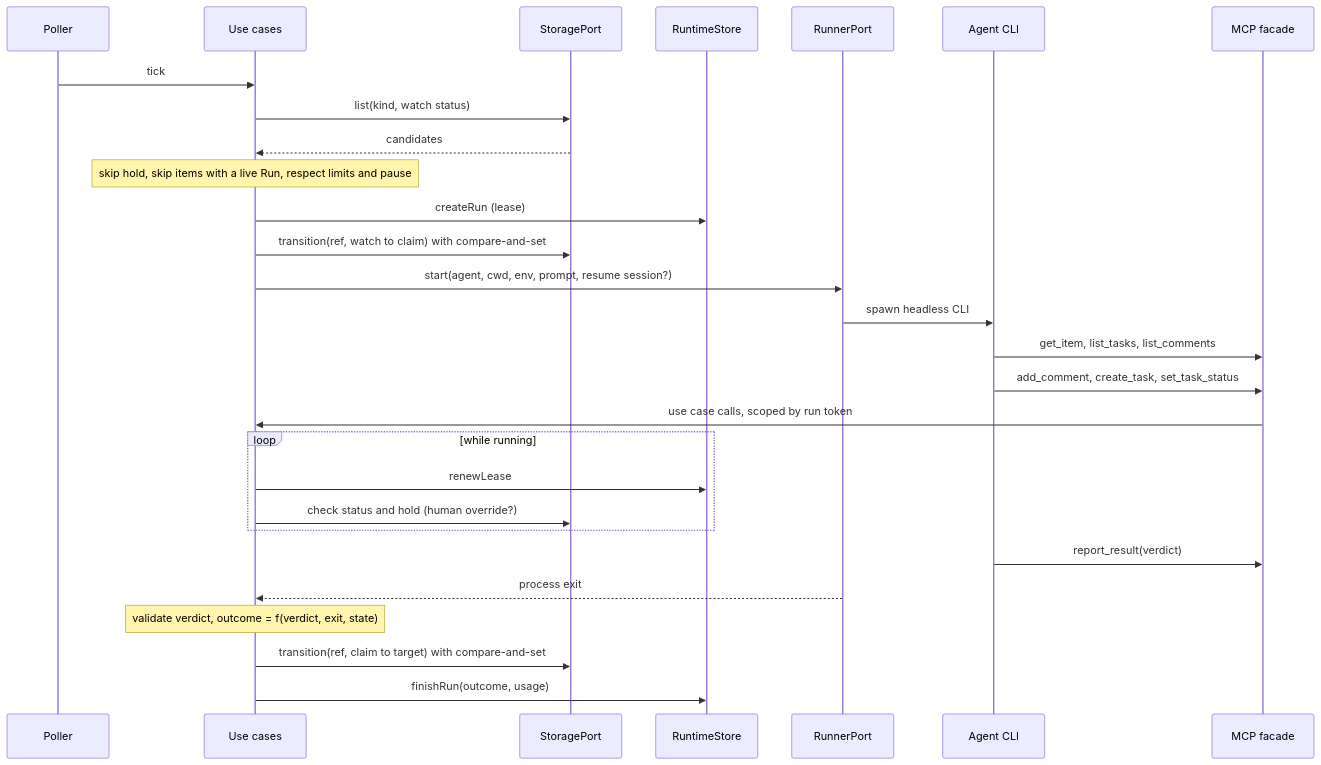
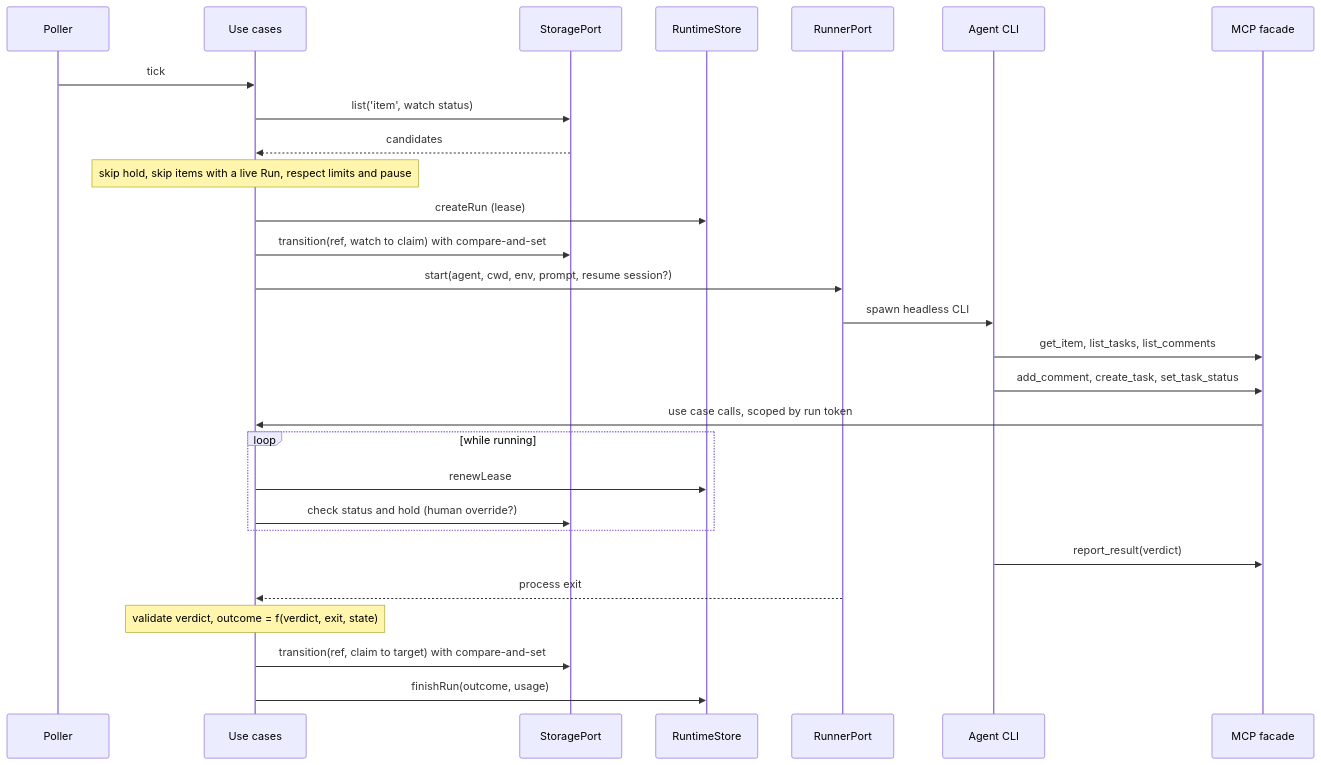
The second of 3 diagrams in docs/architecture.md (bingeli1379/tasuki), drawn with Mermaid before and after one commit. The commit also changed other lines of this file and 13 other files, not shown here.

````diff
--- a/docs/architecture.md
+++ b/docs/architecture.md
@@ -106,31 +111,31 @@
 ```mermaid
 sequenceDiagram
     participant P as Poller
     participant U as Use cases
     participant S as StoragePort
     participant R as RuntimeStore
     participant X as RunnerPort
     participant A as Agent CLI
     participant M as MCP facade
 
     P->>U: tick
-    U->>S: list(kind, watch status)
+    U->>S: list('item', watch status)
     S-->>U: candidates
     Note over U: skip hold, skip items with a live Run, respect limits and pause
     U->>R: createRun (lease)
     U->>S: transition(ref, watch to claim) with compare-and-set
     U->>X: start(agent, cwd, env, prompt, resume session?)
     X->>A: spawn headless CLI
     A->>M: get_item, list_tasks, list_comments
     A->>M: add_comment, create_task, set_task_status
     M->>U: use case calls, scoped by run token
     loop while running
         U->>R: renewLease
         U->>S: check status and hold (human override?)
     end
     A->>M: report_result(verdict)
     X-->>U: process exit
     Note over U: validate verdict, outcome = f(verdict, exit, state)
     U->>S: transition(ref, claim to target) with compare-and-set
     U->>R: finishRun(outcome, usage)
 ```
````
